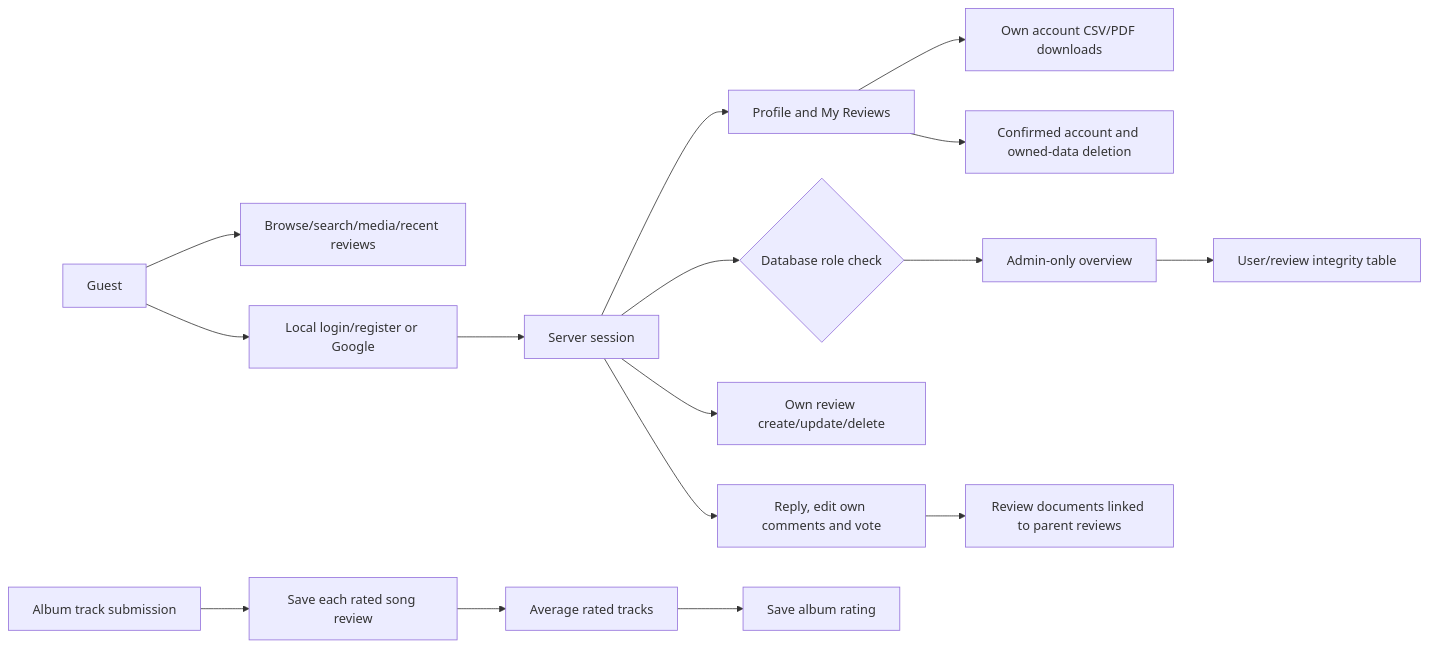
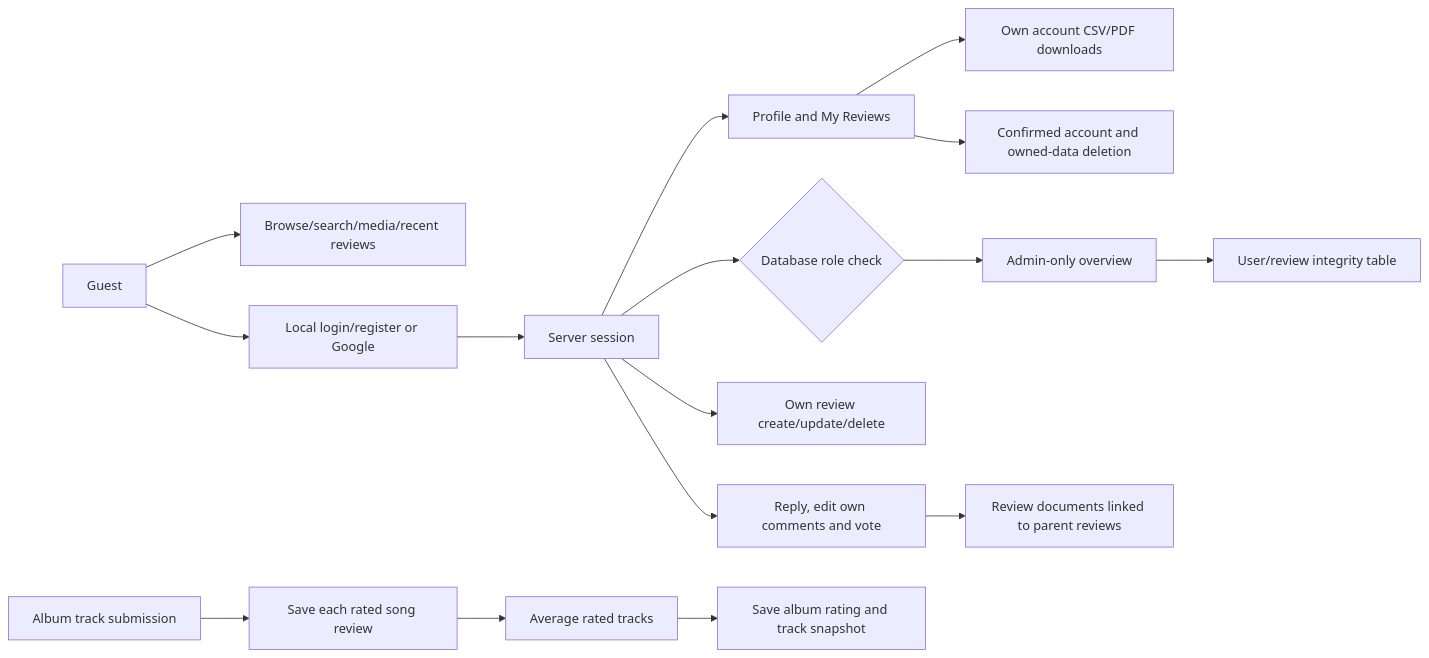
The second of 2 diagrams in docs/ARCHITECTURE.md (Data-strucures-finalProject/HearSay), drawn with Mermaid before and after one commit. The commit also changed other lines of this file and 18 other files, not shown here.

First line of the commit message:
Standardize album track ratings and document local setup

````diff
--- a/docs/ARCHITECTURE.md
+++ b/docs/ARCHITECTURE.md
@@ -27,18 +27,18 @@
 ```mermaid
 flowchart LR
     Guest[Guest] --> Public[Browse/search/media/recent reviews]
     Guest --> Auth[Local login/register or Google]
     Auth --> Session[Server session]
     Session --> Profile[Profile and My Reviews]
     Profile --> Export[Own account CSV/PDF downloads]
     Profile --> Delete[Confirmed account and owned-data deletion]
     Session --> Role{Database role check}
     Role --> Admin[Admin-only overview]
     Admin --> Integrity[User/review integrity table]
     Session --> Write[Own review create/update/delete]
     Session --> Discussion[Reply, edit own comments and vote]
     Discussion --> Threads[Review documents linked to parent reviews]
     Album[Album track submission] --> Songs[Save each rated song review]
     Songs --> Average[Average rated tracks]
-    Average --> AlbumReview[Save album rating]
+    Average --> AlbumReview[Save album rating and track snapshot]
 ```
````
